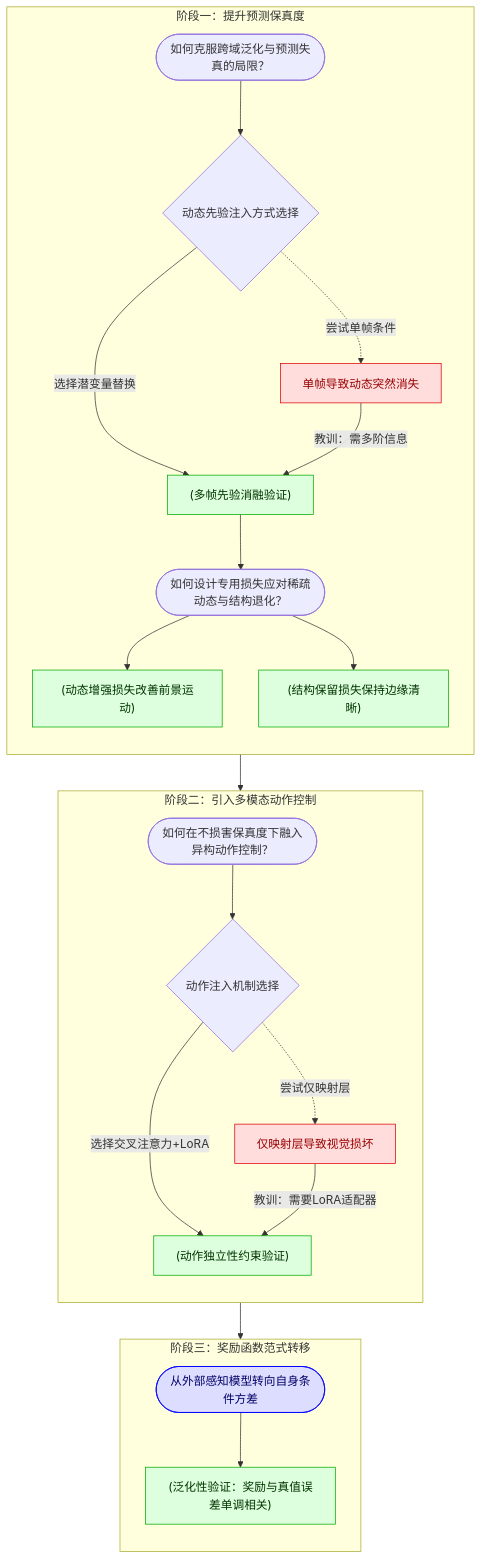
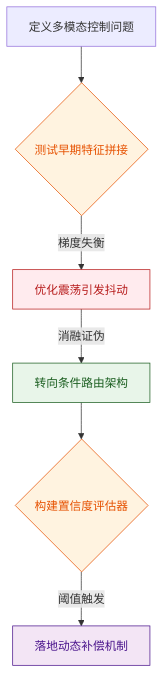
One commit to ShinewineW/paper-rolling changed the seventh of 10 diagrams in person_vault/2026-06-08_Vista_2405.17398/report.md. Above: the diagram before and after it, drawn with Mermaid. The commit also changed other lines of this file and 300 other files, not shown here.

````diff
--- a/person_vault/2026-06-08_Vista_2405.17398/report.md
+++ b/person_vault/2026-06-08_Vista_2405.17398/report.md
@@ -390,33 +312,13 @@
 ```mermaid
-flowchart TB
-    subgraph phase1["阶段一：提升预测保真度"]
-        direction TB
-        q1(["如何克服跨域泛化与预测失真的局限？"]) --> d1{动态先验注入方式选择}
-        d1 -->|选择潜变量替换| e1["(多帧先验消融验证)"]
-        d1 -.->|尝试单帧条件| x1["单帧导致动态突然消失"]
-        x1 -->|教训：需多阶信息| e1
-        e1 --> q2(["如何设计专用损失应对稀疏动态与结构退化？"])
-        q2 --> e2["(动态增强损失改善前景运动)"]
-        q2 --> e3["(结构保留损失保持边缘清晰)"]
-    end
-    phase1 --> phase2["阶段二：引入多模态动作控制"]
-    subgraph phase2["阶段二：引入多模态动作控制"]
-        direction TB
-        q3(["如何在不损害保真度下融入异构动作控制？"]) --> d2{动作注入机制选择}
-        d2 -->|选择交叉注意力+LoRA| e4["(动作独立性约束验证)"]
-        d2 -.->|尝试仅映射层| x2["仅映射层导致视觉损坏"]
-        x2 -->|教训：需要LoRA适配器| e4
-    end
-    phase2 --> phase3["阶段三：奖励函数范式转移"]
-    subgraph phase3["阶段三：奖励函数范式转移"]
-        direction TB
-        p1(["从外部感知模型转向自身条件方差"]) --> e5["(泛化性验证：奖励与真值误差单调相关)"]
-    end
+flowchart TD
+    classDef decision fill:#fff3e0,color:#e65100,stroke:#e65100
+    classDef deadend fill:#ffebee,color:#b71c1c,stroke:#b71c1c
+    classDef pivot fill:#e8f5e9,color:#1b5e20,stroke:#1b5e20
+    classDef solution fill:#f3e5f5,color:#4a148c,stroke:#4a148c
 
-    classDef dead fill:#fdd,stroke:#d00,color:#900;
-    classDef exp fill:#dfd,stroke:#0a0,color:#030;
-    classDef pivot fill:#ddf,stroke:#00f,color:#006;
-    class x1,x2 dead;
-    class e1,e2,e3,e4,e5 exp;
-    class p1 pivot;
+    q1["定义多模态控制问题"] --> d1{测试早期特征拼接}:::decision
+    d1 -->|梯度失衡| de1["优化震荡引发抖动"]:::deadend
+    de1 -->|消融证伪| p1["转向条件路由架构"]:::pivot
+    p1 --> d2{构建置信度评估器}:::decision
+    d2 -->|阈值触发| s1["落地动态补偿机制"]:::solution
 ```
````
